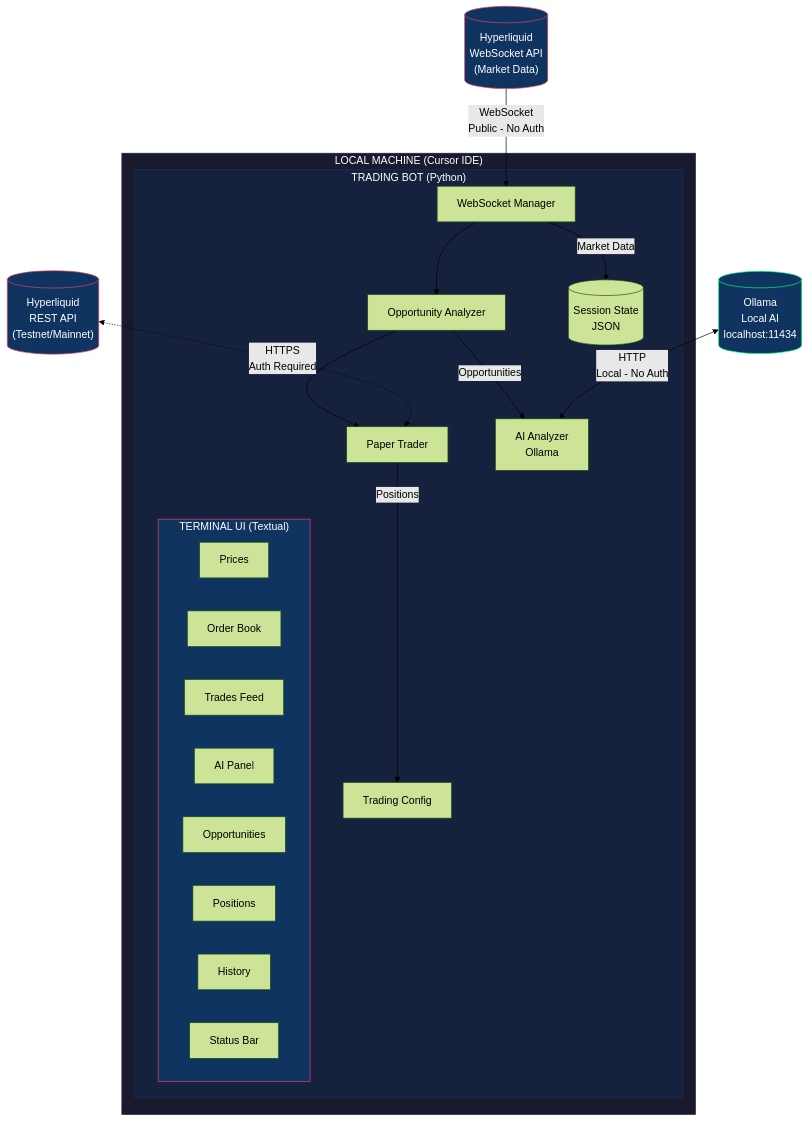
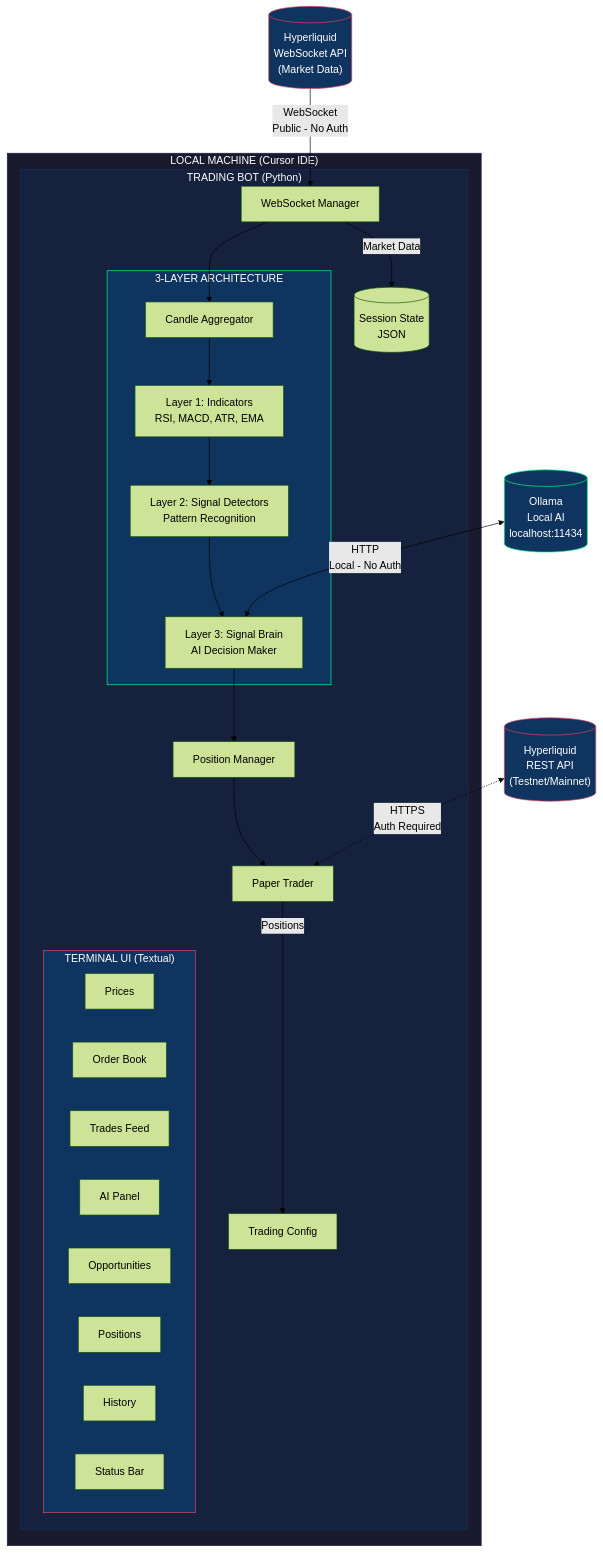
One commit to ofersarid/trading-bot changed the first of 2 diagrams in docs/PRDs/system_architecture.md. Above: the diagram before and after it, drawn with Mermaid (forest theme). The commit also changed other lines of this file and 14 other files, not shown here.

````diff
--- a/docs/PRDs/system_architecture.md
+++ b/docs/PRDs/system_architecture.md
@@ -32,35 +33,43 @@
 ```mermaid
 flowchart TB
     subgraph LOCAL["LOCAL MACHINE (Cursor IDE)"]
         subgraph BOT["TRADING BOT (Python)"]
-            WS[WebSocket Manager] --> OA[Opportunity Analyzer]
-            OA --> PT[Paper Trader]
+            WS[WebSocket Manager] --> CA[Candle Aggregator]
+
+            subgraph LAYERS["3-LAYER ARCHITECTURE"]
+                CA --> IND[Layer 1: Indicators<br/>RSI, MACD, ATR, EMA]
+                IND --> SIG[Layer 2: Signal Detectors<br/>Pattern Recognition]
+                SIG --> BRAIN[Layer 3: Signal Brain<br/>AI Decision Maker]
+            end
+
+            BRAIN --> PM[Position Manager]
+            PM --> PT[Paper Trader]
 
             WS -->|Market Data| SS[(Session State<br/>JSON)]
-            OA -->|Opportunities| AI[AI Analyzer<br/>Ollama]
             PT -->|Positions| TC[Trading Config]
 
             subgraph UI["TERMINAL UI (Textual)"]
                 P1[Prices]
                 P2[Order Book]
                 P3[Trades Feed]
                 P4[AI Panel]
                 P5[Opportunities]
                 P6[Positions]
                 P7[History]
                 P8[Status Bar]
             end
         end
     end
 
     HL_WS[("Hyperliquid<br/>WebSocket API<br/>(Market Data)")] -->|WebSocket<br/>Public - No Auth| WS
-    OLLAMA[("Ollama<br/>Local AI<br/>localhost:11434")] <-->|HTTP<br/>Local - No Auth| AI
+    OLLAMA[("Ollama<br/>Local AI<br/>localhost:11434")] <-->|HTTP<br/>Local - No Auth| BRAIN
     HL_REST[("Hyperliquid<br/>REST API<br/>(Testnet/Mainnet)")] <-.->|HTTPS<br/>Auth Required| PT
 
     style LOCAL fill:#1a1a2e,stroke:#16213e,color:#fff
     style BOT fill:#16213e,stroke:#0f3460,color:#fff
+    style LAYERS fill:#0f3460,stroke:#00ff88,color:#fff
     style UI fill:#0f3460,stroke:#e94560,color:#fff
     style HL_WS fill:#0f3460,stroke:#e94560,color:#fff
     style OLLAMA fill:#0f3460,stroke:#00ff88,color:#fff
     style HL_REST fill:#0f3460,stroke:#e94560,color:#fff
 ```
````
